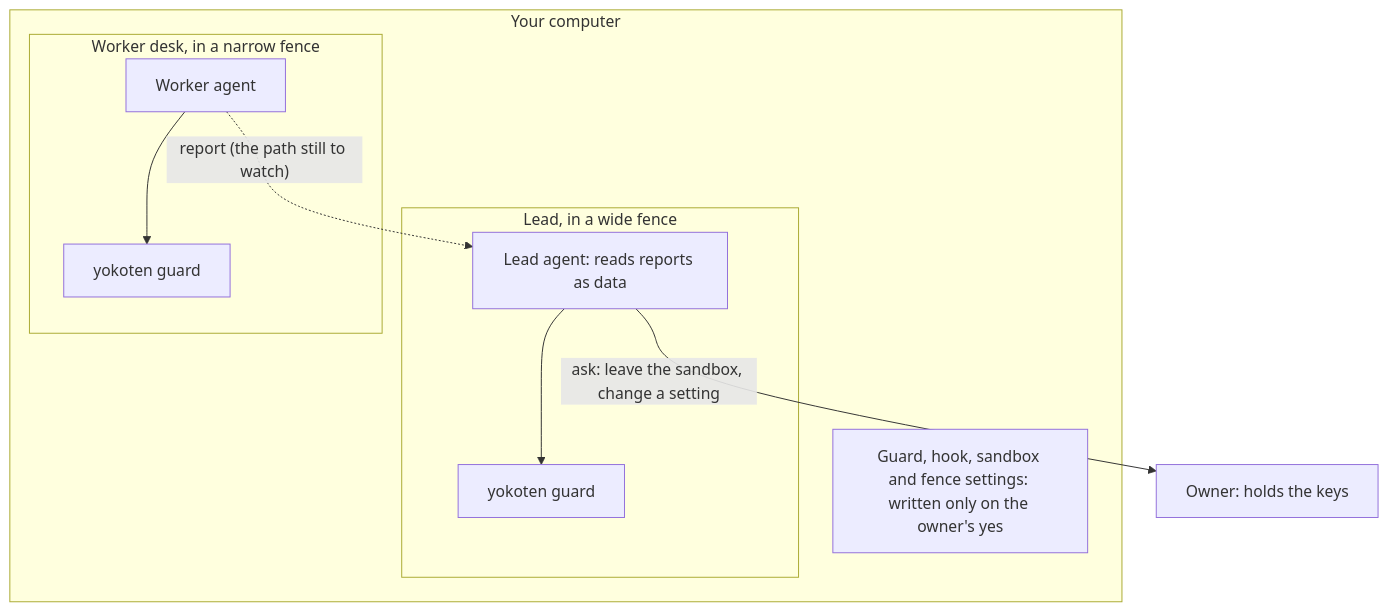
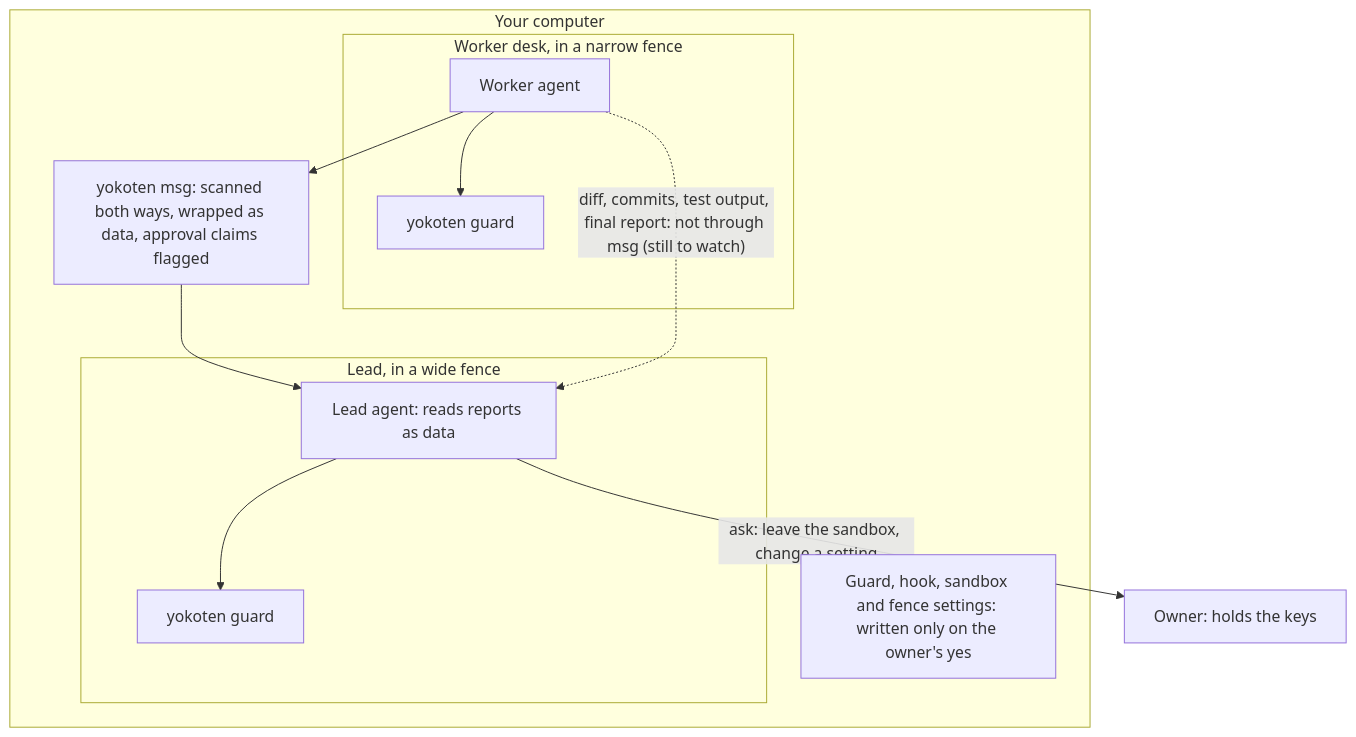
Before and after one commit to yokoten-labs/yokoten: the diagram in docs/records/0054-one-rulebook-owner-holds-keys.md, drawn with Mermaid. The commit also changed other lines of this file, not shown here.

Commit message:
docs(records): 0054 shows the msg channel and the ones it does not cover

````diff
--- a/docs/records/0054-one-rulebook-owner-holds-keys.md
+++ b/docs/records/0054-one-rulebook-owner-holds-keys.md
@@ -69,15 +69,17 @@
 ```mermaid
 flowchart TB
   owner["Owner: holds the keys"]
   subgraph machine["Your computer"]
     subgraph leadfence["Lead, in a wide fence"]
       lead["Lead agent: reads reports as data"] --> lguard["yokoten guard"]
     end
     subgraph desk["Worker desk, in a narrow fence"]
       worker["Worker agent"] --> wguard["yokoten guard"]
     end
+    msg["yokoten msg: scanned both ways, wrapped as data, approval claims flagged"]
     settings["Guard, hook, sandbox and fence settings: written only on the owner's yes"]
   end
   lead -- "ask: leave the sandbox, change a setting" --> owner
-  worker -. "report (the path still to watch)" .-> lead
+  worker --> msg --> lead
+  worker -. "diff, commits, test output, final report: not through msg (still to watch)" .-> lead
 ```
````
